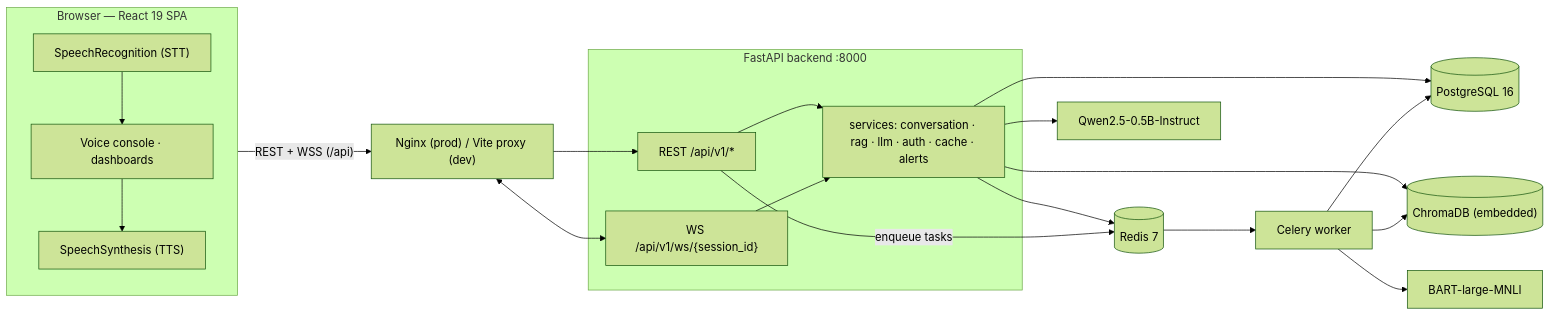
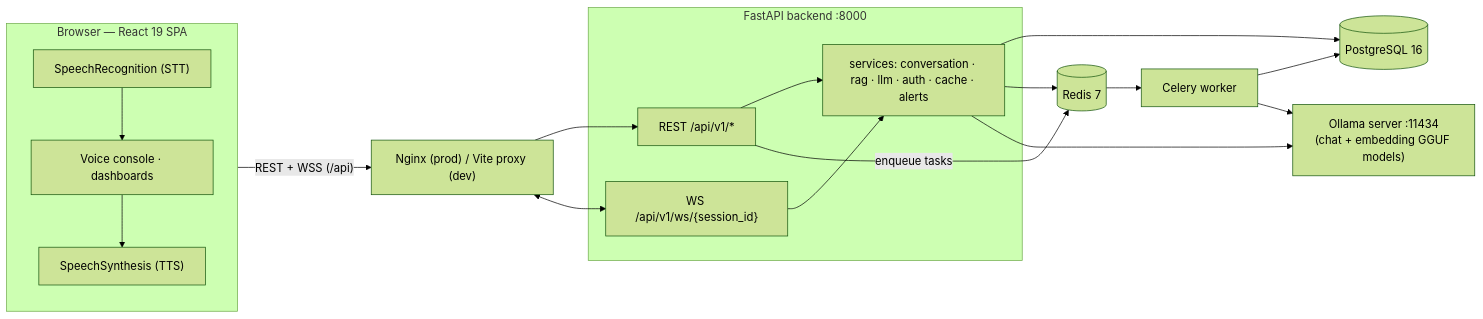
Before and after one commit to spark-369/Secure-Voice-AI: the first of 2 diagrams in README.md, drawn with Mermaid (forest theme). The commit also changed other lines of this file and 24 other files, not shown here.

````diff
--- a/README.md
+++ b/README.md
@@ -65,39 +69,35 @@
 ```mermaid
 flowchart LR
   subgraph Browser["Browser — React 19 SPA"]
     UI["Voice console · dashboards"]
     STT["SpeechRecognition (STT)"]
     TTS["SpeechSynthesis (TTS)"]
   end
   PROXY["Nginx (prod) / Vite proxy (dev)"]
 
   subgraph FASTAPI["FastAPI backend :8000"]
     REST["REST /api/v1/*"]
     WSS["WS /api/v1/ws/{session_id}"]
     SVC["services: conversation · rag · llm · auth · cache · alerts"]
   end
 
   WORKER["Celery worker"]
   PG[("PostgreSQL 16")]
   REDIS[("Redis 7")]
-  CHROMA[("ChromaDB (embedded)")]
-  LLM["Qwen2.5-0.5B-Instruct"]
-  ZSC["BART-large-MNLI"]
+  OLLAMA["Ollama server :11434<br/>(chat + embedding GGUF models)"]
 
   Browser -- "REST + WSS (/api)" --> PROXY
   PROXY --> REST
   PROXY <--> WSS
   STT --> UI
   UI --> TTS
   REST --> SVC
   WSS --> SVC
   SVC --> PG
   SVC --> REDIS
-  SVC --> CHROMA
-  SVC --> LLM
+  SVC --> OLLAMA
   REST -- "enqueue tasks" --> REDIS
   REDIS --> WORKER
   WORKER --> PG
-  WORKER --> CHROMA
-  WORKER --> ZSC
+  WORKER --> OLLAMA
 ```
````
